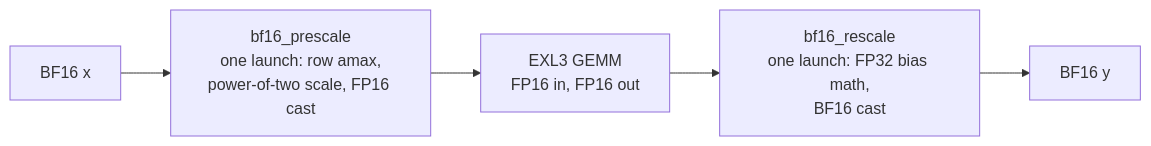
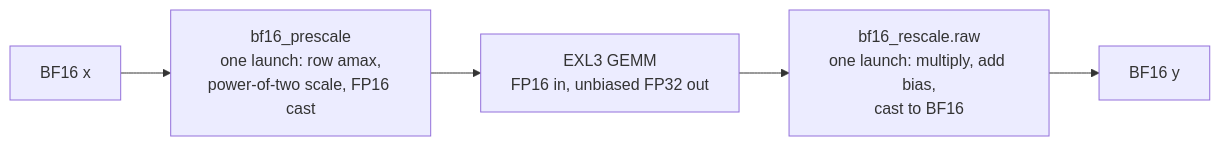
The third of 3 diagrams in docs/exl3-wide-activation-dispatch.md (ModelCloud/GPTQModel), drawn with Mermaid before and after one commit. The commit also changed other lines of this file and 8 other files, not shown here.

````diff
--- a/docs/exl3-wide-activation-dispatch.md
+++ b/docs/exl3-wide-activation-dispatch.md
@@ -131,7 +130,7 @@
 ```mermaid
 flowchart LR
     X["BF16 x"] --> P["bf16_prescale<br/>one launch: row amax,<br/>power-of-two scale, FP16 cast"]
-    P --> G["EXL3 GEMM<br/>FP16 in, FP16 out"]
-    G --> R["bf16_rescale<br/>one launch: FP32 bias math,<br/>BF16 cast"]
+    P --> G["EXL3 GEMM<br/>FP16 in, unbiased FP32 out"]
+    G --> R["bf16_rescale.raw<br/>one launch: multiply, add bias,<br/>cast to BF16"]
     R --> Y["BF16 y"]
 ```
````
